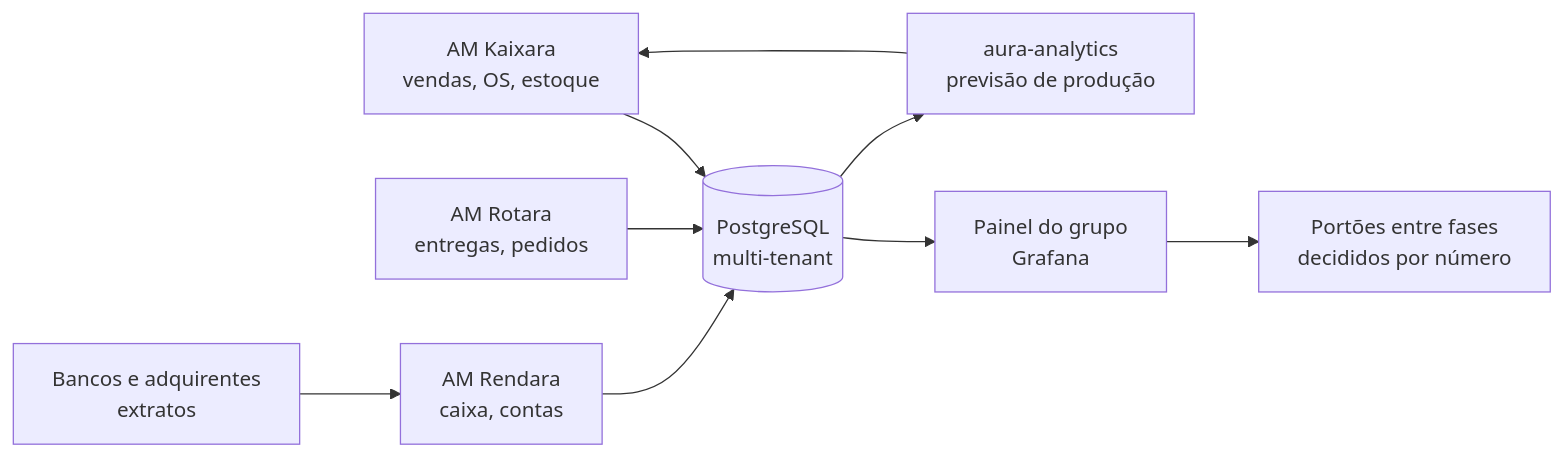
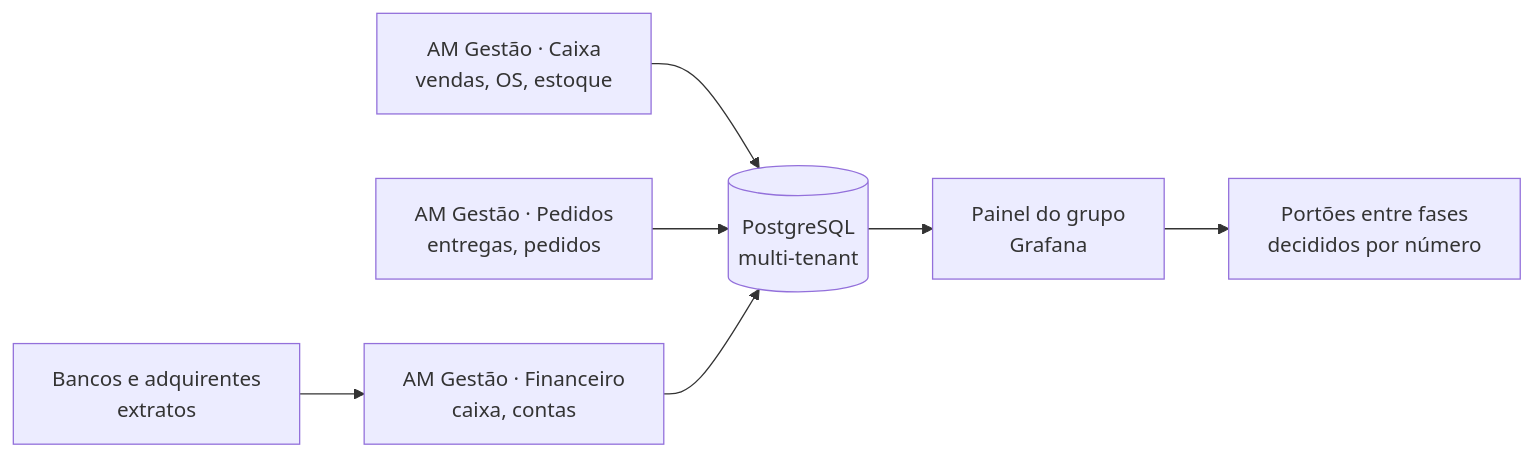
The diagram in 11-setup-dev-setup/docs/negocios/12-sistemas-do-grupo.md (AlanMateus17/Portfolio-AMS-Obsidian-Vault), drawn with Mermaid before and after one commit. The commit also changed other lines of this file and 117 other files, not shown here.

````diff
--- a/11-setup-dev-setup/docs/negocios/12-sistemas-do-grupo.md
+++ b/11-setup-dev-setup/docs/negocios/12-sistemas-do-grupo.md
@@ -19,11 +19,9 @@
 ```mermaid
 flowchart LR
-  K["AM Kaixara<br/>vendas, OS, estoque"] --> DB[("PostgreSQL<br/>multi-tenant")]
-  R["AM Rotara<br/>entregas, pedidos"] --> DB
-  F["AM Rendara<br/>caixa, contas"] --> DB
+  K["AM Gestão · Caixa<br/>vendas, OS, estoque"] --> DB[("PostgreSQL<br/>multi-tenant")]
+  R["AM Gestão · Pedidos<br/>entregas, pedidos"] --> DB
+  F["AM Gestão · Financeiro<br/>caixa, contas"] --> DB
   B["Bancos e adquirentes<br/>extratos"] --> F
   DB --> G["Painel do grupo<br/>Grafana"]
-  DB --> A["aura-analytics<br/>previsão de produção"]
-  A --> K
   G --> P["Portões entre fases<br/>decididos por número"]
 ```
````
